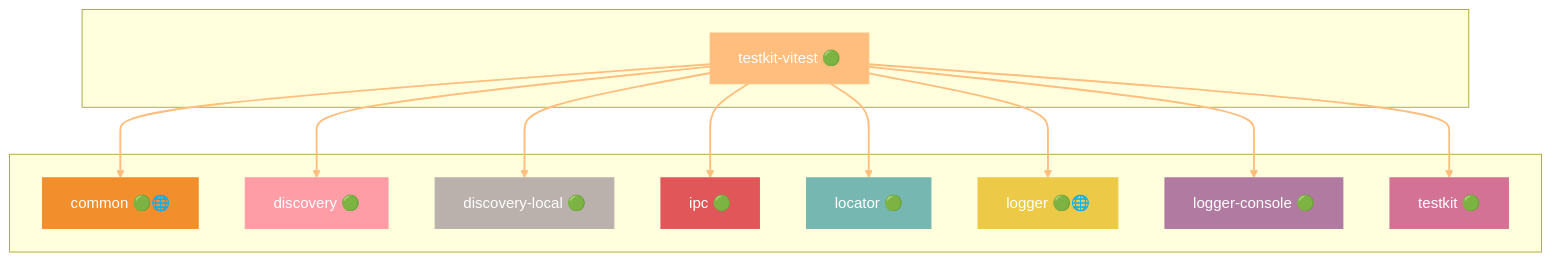
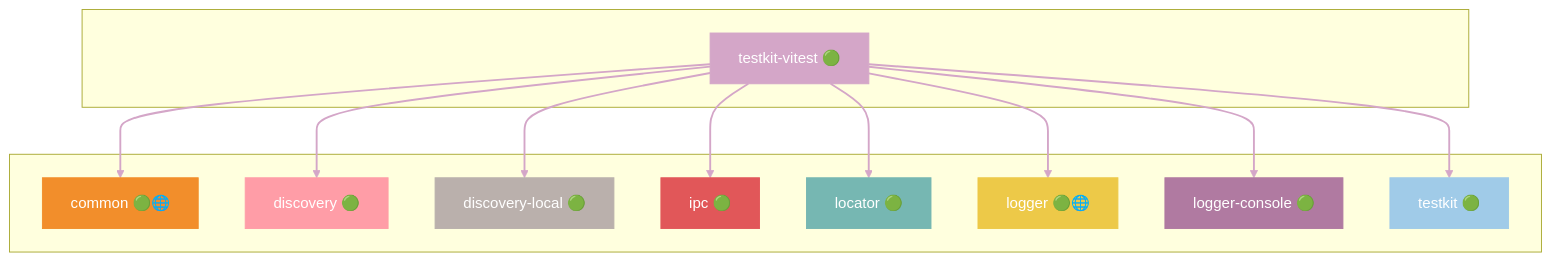
Diagram 37 of 41 in docs/DEPENDENCIES.md (grest-ts/grest-ts), drawn with Mermaid before and after one commit. The commit also changed other lines of this file and 31 other files, not shown here.

````diff
--- a/docs/DEPENDENCIES.md
+++ b/docs/DEPENDENCIES.md
@@ -1677,41 +1689,41 @@
 ```mermaid
 flowchart TB
     subgraph Package[" "]
         testkit-vitest["testkit-vitest 🟢"]
     end
     subgraph Dependencies[" "]
         common["common 🟢🌐"]
         discovery["discovery 🟢"]
         discovery-local["discovery-local 🟢"]
         ipc["ipc 🟢"]
         locator["locator 🟢"]
         logger["logger 🟢🌐"]
         logger-console["logger-console 🟢"]
         testkit["testkit 🟢"]
     end
     testkit-vitest --> common
     testkit-vitest --> discovery
     testkit-vitest --> discovery-local
     testkit-vitest --> ipc
     testkit-vitest --> locator
     testkit-vitest --> logger
     testkit-vitest --> logger-console
     testkit-vitest --> testkit
-    style testkit-vitest fill:#FFBE7D,stroke:#FFBE7D,color:#fff
+    style testkit-vitest fill:#D4A6C8,stroke:#D4A6C8,color:#fff
     style common fill:#F28E2B,stroke:#F28E2B,color:#fff
     style discovery fill:#FF9DA7,stroke:#FF9DA7,color:#fff
     style discovery-local fill:#BAB0AC,stroke:#BAB0AC,color:#fff
     style ipc fill:#E15759,stroke:#E15759,color:#fff
     style locator fill:#76B7B2,stroke:#76B7B2,color:#fff
     style logger fill:#EDC948,stroke:#EDC948,color:#fff
     style logger-console fill:#B07AA1,stroke:#B07AA1,color:#fff
-    style testkit fill:#D37295,stroke:#D37295,color:#fff
-    linkStyle 0 stroke:#FFBE7D,stroke-width:2px
-    linkStyle 1 stroke:#FFBE7D,stroke-width:2px
-    linkStyle 2 stroke:#FFBE7D,stroke-width:2px
-    linkStyle 3 stroke:#FFBE7D,stroke-width:2px
-    linkStyle 4 stroke:#FFBE7D,stroke-width:2px
-    linkStyle 5 stroke:#FFBE7D,stroke-width:2px
-    linkStyle 6 stroke:#FFBE7D,stroke-width:2px
-    linkStyle 7 stroke:#FFBE7D,stroke-width:2px
+    style testkit fill:#A0CBE8,stroke:#A0CBE8,color:#fff
+    linkStyle 0 stroke:#D4A6C8,stroke-width:2px
+    linkStyle 1 stroke:#D4A6C8,stroke-width:2px
+    linkStyle 2 stroke:#D4A6C8,stroke-width:2px
+    linkStyle 3 stroke:#D4A6C8,stroke-width:2px
+    linkStyle 4 stroke:#D4A6C8,stroke-width:2px
+    linkStyle 5 stroke:#D4A6C8,stroke-width:2px
+    linkStyle 6 stroke:#D4A6C8,stroke-width:2px
+    linkStyle 7 stroke:#D4A6C8,stroke-width:2px
 ```
````
